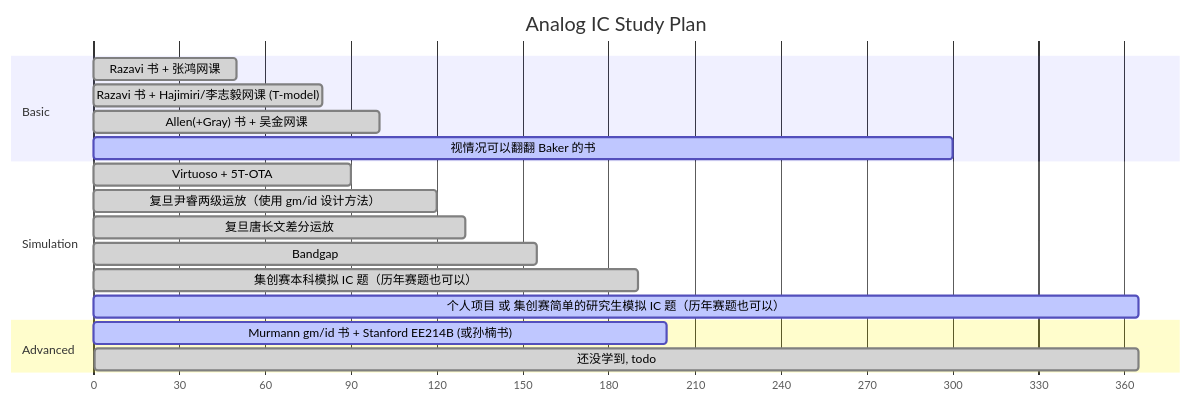
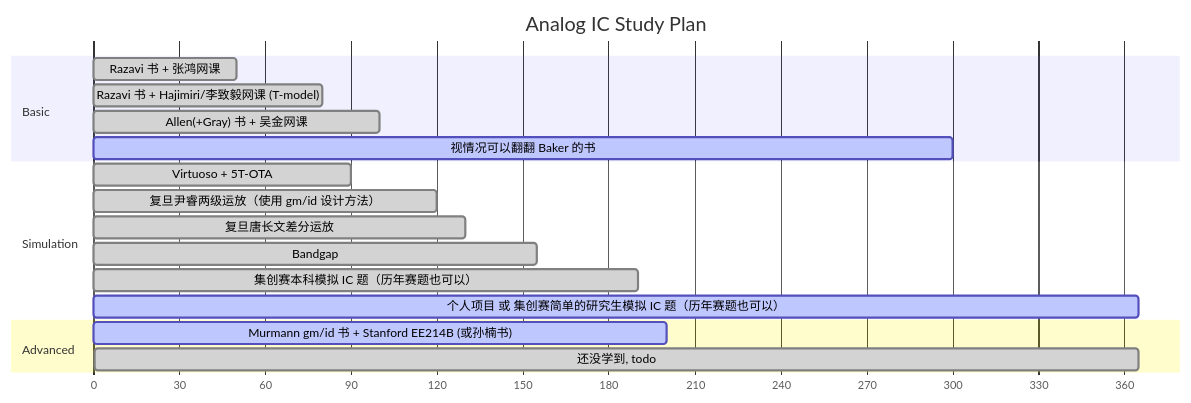
Before and after one commit to RarityBrown/ic-self-learning: the diagram in docs/analog.md, drawn with Mermaid. The commit also changed other lines of this file, not shown here.

````diff
--- a/docs/analog.md
+++ b/docs/analog.md
@@ -169,25 +177,25 @@
 ```mermaid
 gantt
     title Analog IC Study Plan
     dateFormat X
     axisFormat %s
     
     section Basic
     Razavi 书 + 张鸿网课                              :done,    des1, 0, 50
-    Razavi 书 + Hajimiri/李志毅网课 (T-model)         :done,    des2, 50, 80
+    Razavi 书 + Hajimiri/李致毅网课 (T-model)         :done,    des2, 50, 80
     Allen(+Gray) 书 + 吴金网课                        :done,    des3, 75, 100
     
     视情况可以翻翻 Baker 的书                          :active,   Baker, 150, 300
     
     section Simulation
     Virtuoso + 5T-OTA                              :done,    Virtuoso, 60, 90
     复旦尹睿两级运放（使用 gm/id 设计方法）             :done,    des4, 90, 120
     复旦唐长文差分运放                                :done,    des5, 120, 130
     Bandgap                                        :done,    des6, 130, 155
     集创赛本科模拟 IC 题（历年赛题也可以）                :done,    des7, 155, 190
     个人项目 或 集创赛简单的研究生模拟 IC 题（历年赛题也可以）:active,  Gra,  190, 365
     
     section Advanced
     Murmann gm/id 书 + Stanford EE214B (或孙楠书)    :active,  des8, 90, 200
     还没学到, todo                                  :done,    des9, 200, 365
 ```
````
